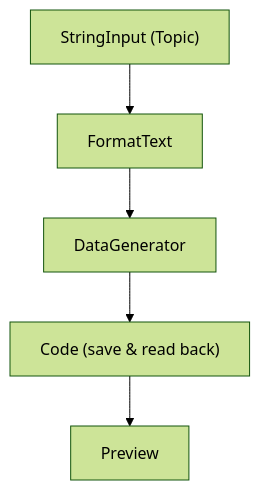
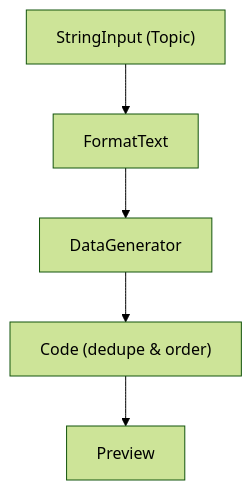
Before and after one commit to nodetool-ai/nodetool: the fifth of 14 diagrams in docs/cookbook/patterns.md, drawn with Mermaid (forest theme). The commit also changed other lines of this file and 11 other files, not shown here.

```diff
--- a/docs/cookbook/patterns.md
+++ b/docs/cookbook/patterns.md
@@ -188,12 +188,12 @@
 {% mermaid %}
 graph TD
   topic_input["StringInput (Topic)"]
   format_prompt["FormatText"]
   generate_flashcards["DataGenerator"]
-  store_cards["Code (save & read back)"]
+  plan_study["Code (dedupe & order)"]
   display_result["Preview"]
   topic_input --> format_prompt
   format_prompt --> generate_flashcards
-  generate_flashcards --> store_cards
-  store_cards --> display_result
+  generate_flashcards --> plan_study
+  plan_study --> display_result
 {% endmermaid %}
```
